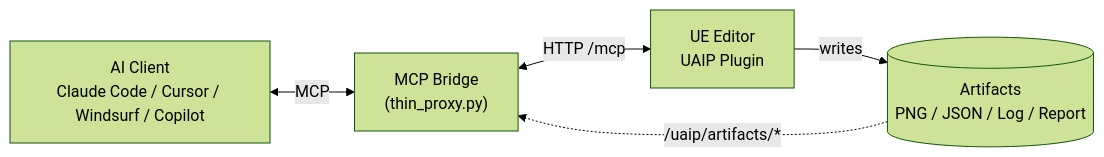
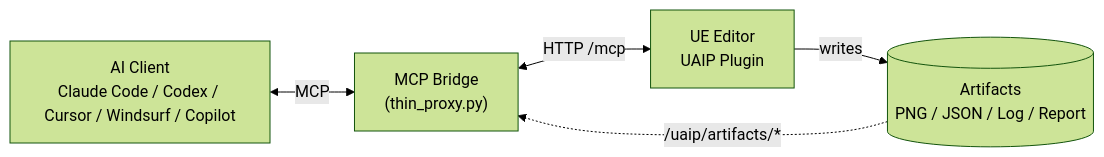
The diagram in README.md (Naotsun19B/UnrealAIIntegrationPlatform-Document), drawn with Mermaid (forest theme) before and after one commit. The commit also changed other lines of this file and 11 other files, not shown here.

````diff
--- a/README.md
+++ b/README.md
@@ -40,12 +40,12 @@
 ```mermaid
 flowchart LR
-    AI["AI Client<br/>Claude Code / Cursor / Windsurf / Copilot"]
+    AI["AI Client<br/>Claude Code / Codex / Cursor / Windsurf / Copilot"]
     Bridge["MCP Bridge<br/>(thin_proxy.py)"]
     Editor["UE Editor<br/>UAIP Plugin"]
     Artifacts[("Artifacts<br/>PNG / JSON / Log / Report")]
 
     AI <-->|MCP| Bridge
     Bridge <-->|HTTP /mcp| Editor
     Editor -->|writes| Artifacts
     Artifacts -.->|/uaip/artifacts/*| Bridge
 ```
````
